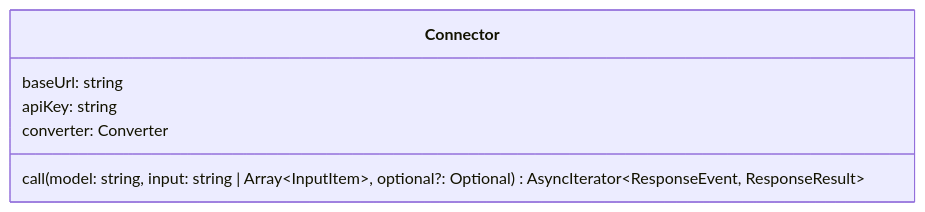
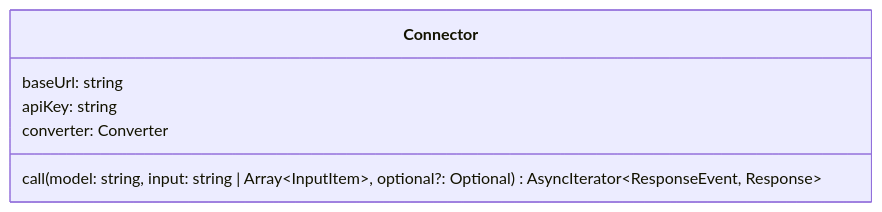
One commit to maozy13/neuralink changed the diagram in design/connector.md. Above: the diagram before and after it, drawn with Mermaid. The commit also changed other lines of this file and 17 other files, not shown here.

Commit message:
refactor: ResponseEvent 采用新的定义，降低各个模型服务 SourceEvent 转化的复杂度

````diff
--- a/design/connector.md
+++ b/design/connector.md
@@ -5,10 +5,10 @@
 ```mermaid
 classDiagram
 
 class Connector {
   baseUrl: string
   apiKey: string
   converter: Converter
-  call(model: string, input: string | Array~InputItem~, optional?: Optional) AsyncIterator~ResponseEvent, ResponseResult~
+  call(model: string, input: string | Array~InputItem~, optional?: Optional) AsyncIterator~ResponseEvent, Response~
 }
 ```
````
